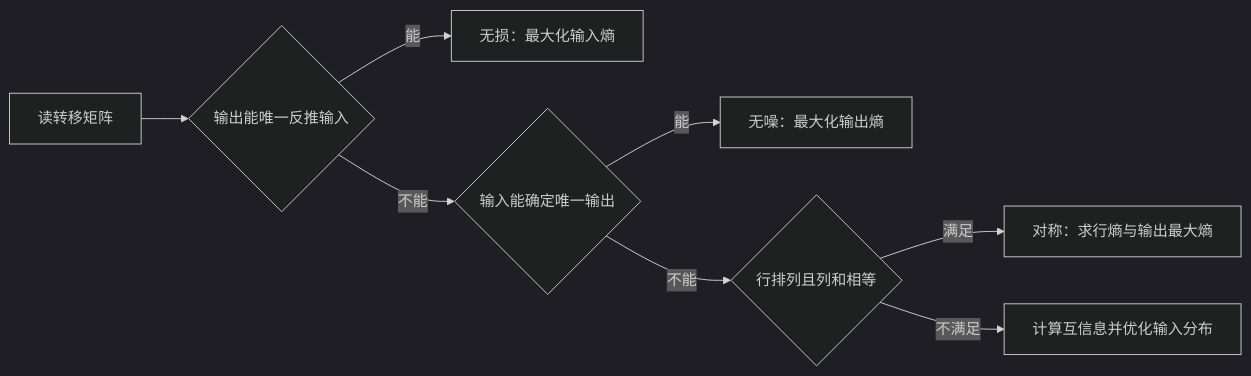
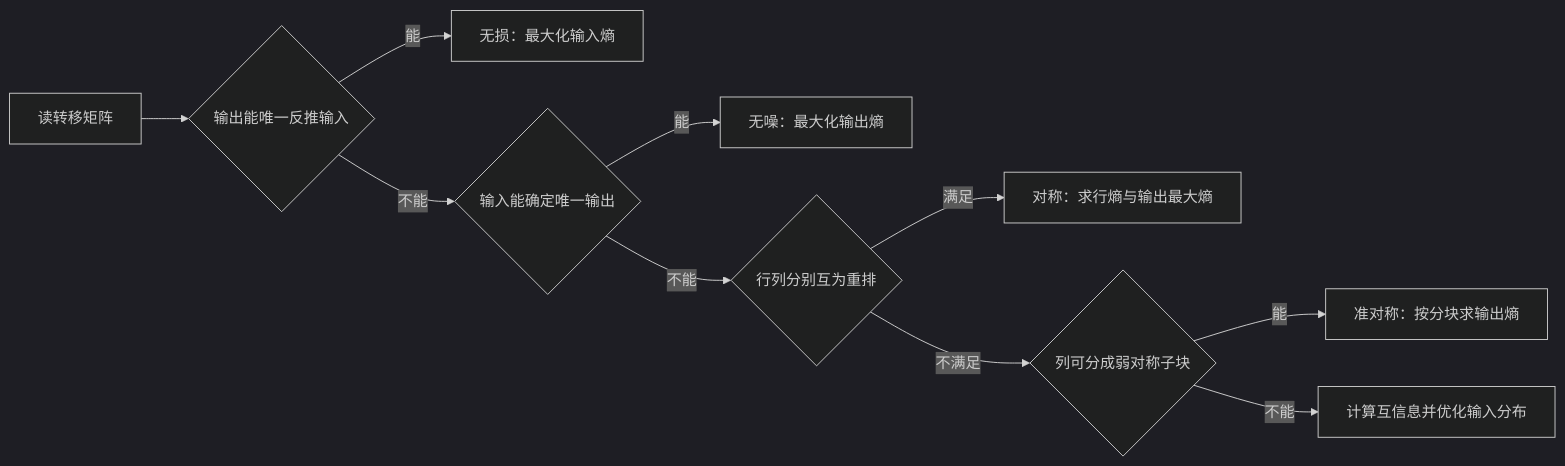
Before and after one commit to 3280441136-lab/My_Obsidian_Notes: the second of 2 diagrams in 学习/学校课程/信息论基础（2学分）/08 第8课 离散信道容量与对称信道.md, drawn with Mermaid (dark theme). The commit also changed other lines of this file and 1 other file, not shown here.

````diff
--- a/学习/学校课程/信息论基础（2学分）/08 第8课 离散信道容量与对称信道.md
+++ b/学习/学校课程/信息论基础（2学分）/08 第8课 离散信道容量与对称信道.md
@@ -214,10 +265,12 @@
 ```mermaid
 flowchart LR
     W[读转移矩阵] --> R{输出能唯一反推输入}
     R -- 能 --> L[无损：最大化输入熵]
     R -- 不能 --> S{输入能确定唯一输出}
     S -- 能 --> N[无噪：最大化输出熵]
-    S -- 不能 --> T{行排列且列和相等}
+    S -- 不能 --> T{行列分别互为重排}
     T -- 满足 --> U[对称：求行熵与输出最大熵]
-    T -- 不满足 --> V[计算互信息并优化输入分布]
+    T -- 不满足 --> Q{列可分成弱对称子块}
+    Q -- 能 --> B[准对称：按分块求输出熵]
+    Q -- 不能 --> V[计算互信息并优化输入分布]
 ```
````
